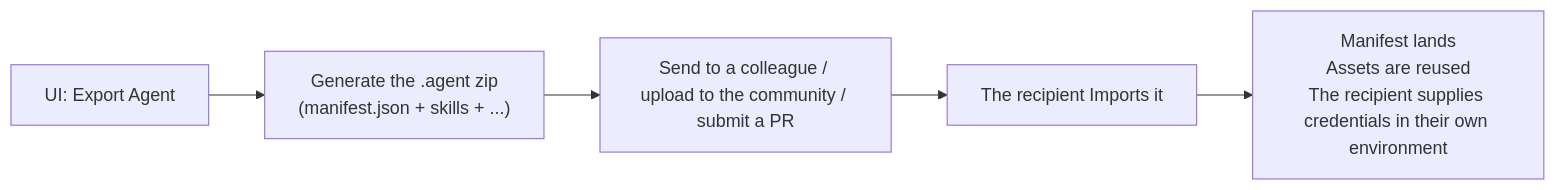
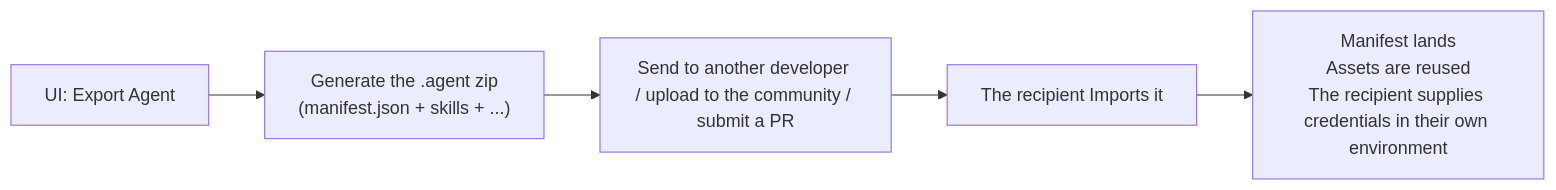
Before and after one commit to langgenius/mosoo: the second of 4 diagrams in docs/prd/agent-manifest.md, drawn with Mermaid. The commit also changed other lines of this file and 4 other files, not shown here.

````diff
--- a/docs/prd/agent-manifest.md
+++ b/docs/prd/agent-manifest.md
@@ -199,7 +199,7 @@
 ```mermaid
 flowchart LR
   A["UI: Export Agent"] --> B["Generate the .agent zip<br/>(manifest.json + skills + ...)"]
-  B --> C["Send to a colleague / upload to the community / submit a PR"]
+  B --> C["Send to another developer / upload to the community / submit a PR"]
   C --> D["The recipient Imports it"]
   D --> E["Manifest lands<br/>Assets are reused<br/>The recipient supplies credentials in their own environment"]
 ```
````
